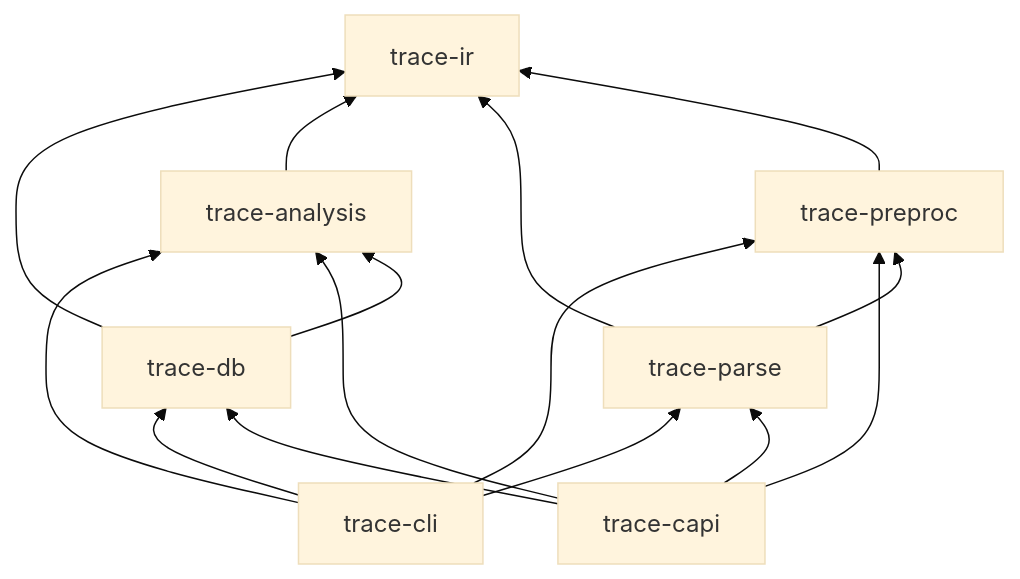
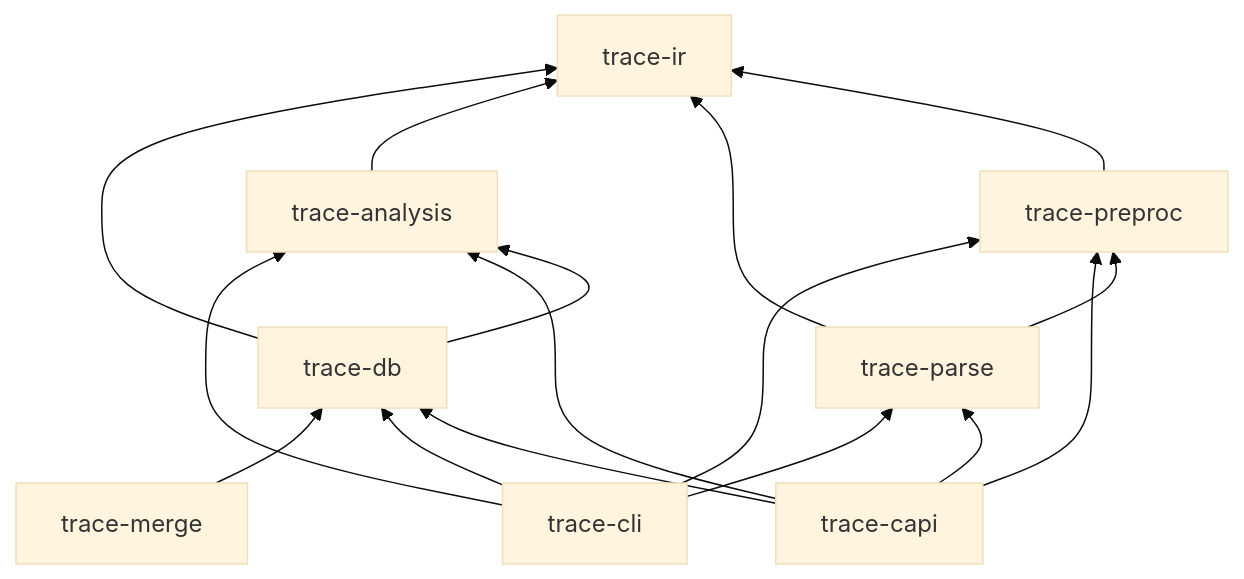
One commit to Last-Humans-Coding-Under-White-Nights/pathologist changed the second of 3 diagrams in docs/ARCHITECTURE.md. Above: the diagram before and after it, drawn with Mermaid (base theme). The commit also changed other lines of this file and 14 other files, not shown here.

````diff
--- a/docs/ARCHITECTURE.md
+++ b/docs/ARCHITECTURE.md
@@ -51,25 +51,27 @@
 ```mermaid
 flowchart BT
+  Merge[trace-merge]
   CLI[trace-cli]
   CAPI[trace-capi]
   DB[trace-db]
   Analysis[trace-analysis]
   Parse[trace-parse]
   Preproc[trace-preproc]
   IR[trace-ir]
 
+  Merge --> DB
   CLI --> DB
   CLI --> Analysis
   CLI --> Parse
   CLI --> Preproc
   CAPI --> DB
   CAPI --> Analysis
   CAPI --> Parse
   CAPI --> Preproc
   DB --> Analysis
   DB --> IR
   Analysis --> IR
   Parse --> Preproc
   Parse --> IR
   Preproc --> IR
 ```
````
